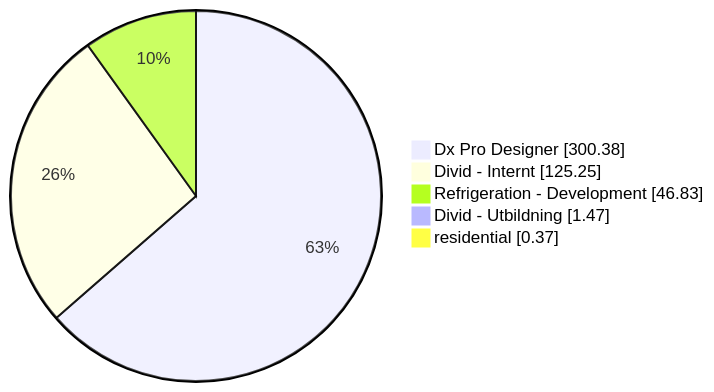
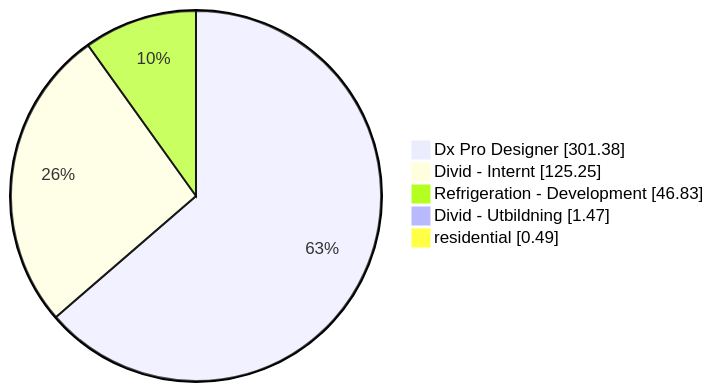
Before and after one commit to albinforsberg-netizen/timeclock: the first of 5 diagrams in README.org, drawn with Mermaid. The commit also changed other lines of this file, not shown here.

```diff
--- a/README.org
+++ b/README.org
@@ -32,8 +32,8 @@
 #+begin_src mermaid
 pie showData
-    "Dx Pro Designer" : 300.38
+    "Dx Pro Designer" : 301.38
     "Divid - Internt" : 125.25
     "Refrigeration - Development" : 46.83
     "Divid - Utbildning" : 1.47
-    "residential" : 0.37
+    "residential" : 0.49
 #+end_src
```
